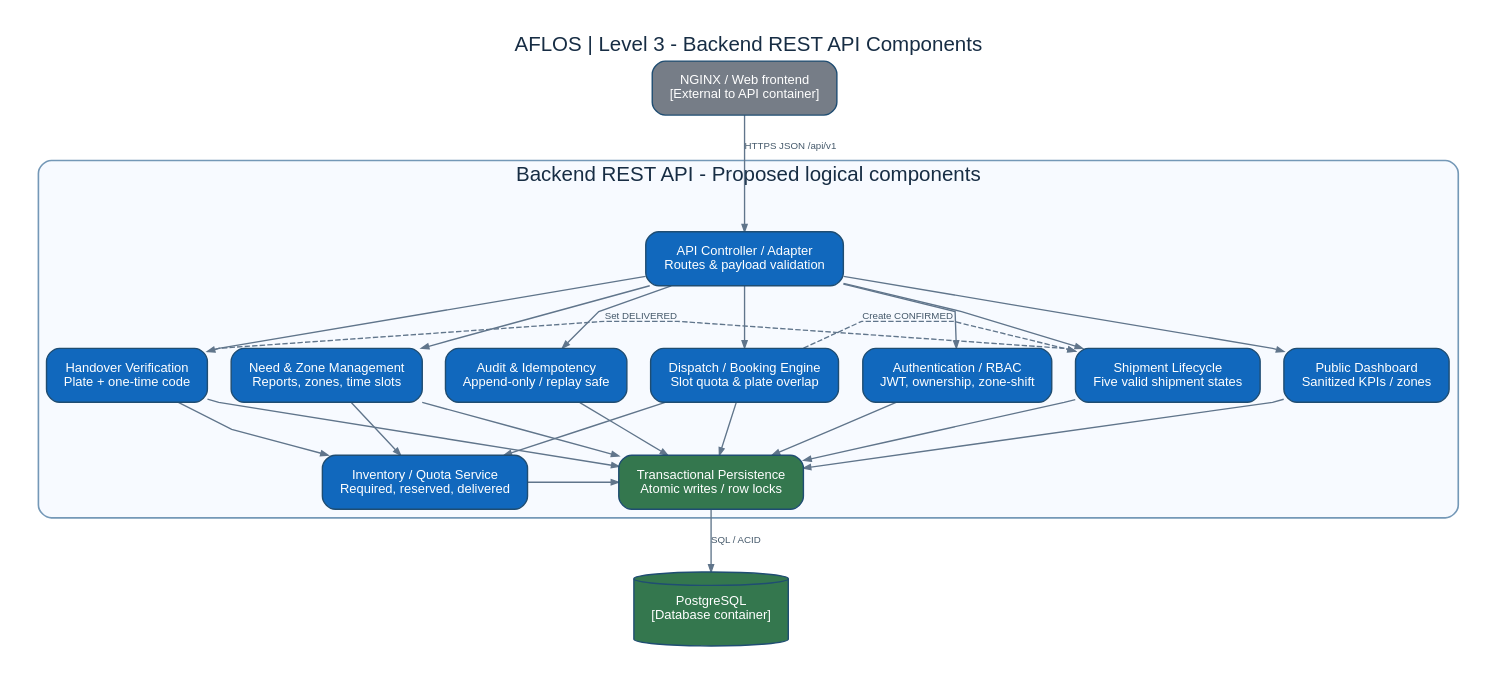
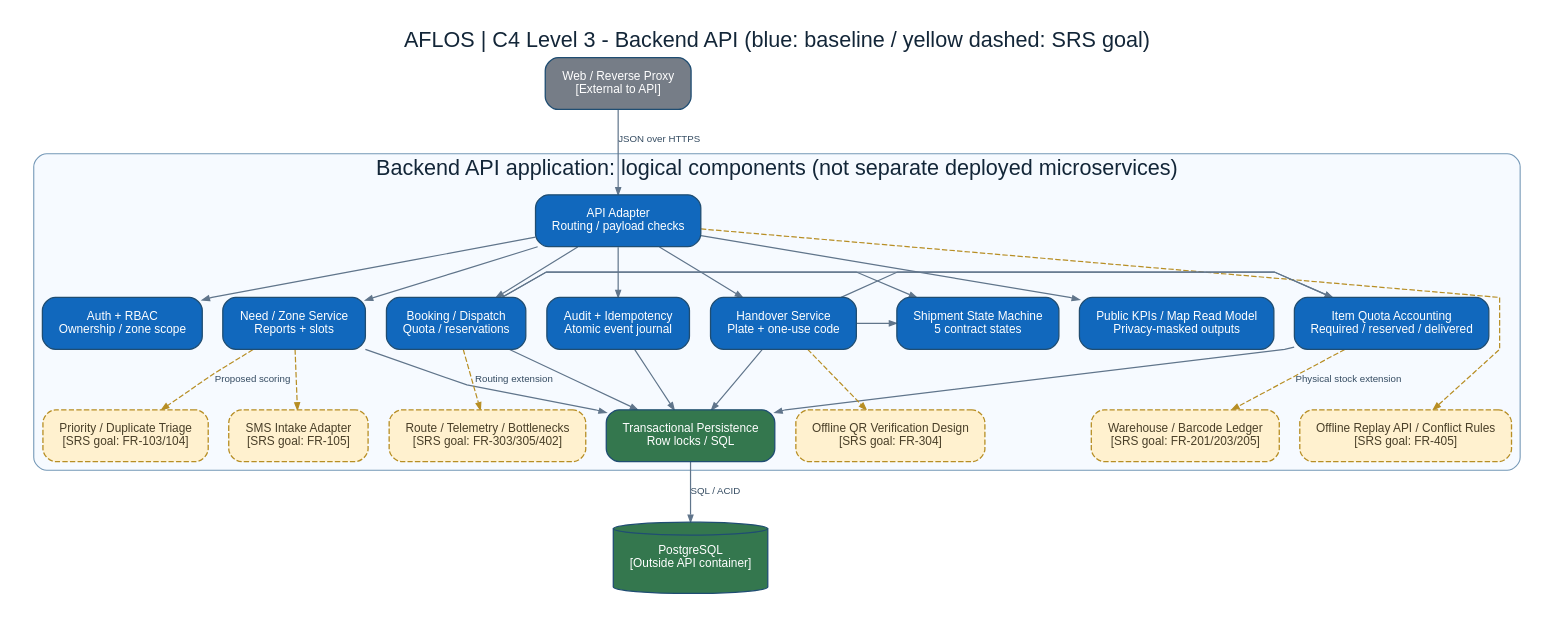
Before and after one commit to CoskunerBerke/AFLOS: the diagram in docs/architecture/diagrams/c4_level3_components.dot, drawn with Graphviz. The commit also changed 10 other files, not shown here.

Commit message:
docs(architecture): align C4 model with Sprint 2 SRS

```diff
--- a/docs/architecture/diagrams/c4_level3_components.dot
+++ b/docs/architecture/diagrams/c4_level3_components.dot
@@ -1,32 +1,40 @@
 digraph G {
-  graph [bgcolor="white", pad="0.28", nodesep="0.34", ranksep="0.9", fontname="Arial", fontsize=19, fontcolor="#172d44", splines=polyline, outputorder=edgesfirst];
-  node [shape=box, style="filled,rounded", color="#1f4d72", penwidth=1.3, fontname="Arial", fontsize=12, fontcolor="white", margin="0.22,0.16"];
-  edge [fontname="Arial", fontsize=9, color="#60758b", fontcolor="#44586a", arrowsize=0.67, penwidth=1.25];
-
-  graph [rankdir=TB, label="AFLOS | Level 3 - Backend REST API Components", labelloc=t, nodesep="0.3", ranksep="0.65"];
-  client [label="NGINX / Web frontend\n[External to API container]", fillcolor="#767d87"];
-  subgraph cluster_api {
-    label="Backend REST API - Proposed logical components"; style="rounded"; color="#7498b7"; penwidth=1.5; bgcolor="#f7faff";
-    router [label="API Controller / Adapter\nRoutes & payload validation", fillcolor="#1168bd"];
-    auth [label="Authentication / RBAC\nJWT, ownership, zone-shift", fillcolor="#1168bd"];
-    zone [label="Need & Zone Management\nReports, zones, time slots", fillcolor="#1168bd"];
-    booking [label="Dispatch / Booking Engine\nSlot quota & plate overlap", fillcolor="#1168bd"];
-    handover [label="Handover Verification\nPlate + one-time code", fillcolor="#1168bd"];
-    lifecycle [label="Shipment Lifecycle\nFive valid shipment states", fillcolor="#1168bd"];
-    read [label="Public Dashboard\nSanitized KPIs / zones", fillcolor="#1168bd"];
-    audit [label="Audit & Idempotency\nAppend-only / replay safe", fillcolor="#1168bd"];
-    inventory [label="Inventory / Quota Service\nRequired, reserved, delivered", fillcolor="#1168bd"];
-    persistence [label="Transactional Persistence\nAtomic writes / row locks", fillcolor="#34774e"];
-    {rank=same; auth; zone; booking; handover; lifecycle; read; audit}
-    {rank=same; inventory; persistence}
-    router -> auth; router -> zone; router -> booking; router -> handover; router -> lifecycle; router -> read; router -> audit;
-    zone -> inventory; booking -> inventory; handover -> inventory;
-    booking -> lifecycle [style=dashed, label="Create CONFIRMED", constraint=false];
-    handover -> lifecycle [style=dashed, label="Set DELIVERED", constraint=false];
-    auth -> persistence; zone -> persistence; booking -> persistence; handover -> persistence;
-    lifecycle -> persistence; read -> persistence; audit -> persistence; inventory -> persistence;
-  }
-  db [shape=cylinder, style=filled, label="PostgreSQL\n[Database container]", fillcolor="#34774e"];
-  client -> router [label="HTTPS JSON /api/v1"];
-  persistence -> db [label="SQL / ACID"];
+graph [bgcolor="white", pad="0.22", nodesep="0.37", ranksep="0.88", fontname="Arial", fontsize=20, fontcolor="#132638", splines=polyline, outputorder=edgesfirst];
+node [shape=box, style="filled,rounded", color="#1f4d72", penwidth=1.2, fontname="Arial", fontsize=11, fontcolor="white", margin="0.22,0.16"];
+edge [fontname="Arial", fontsize=9, color="#60758b", fontcolor="#344b61", arrowsize=0.65, penwidth=1.12];
+graph [rankdir=TB, nodesep="0.26", ranksep="0.63", label="AFLOS | C4 Level 3 - Backend API (blue: baseline / yellow dashed: SRS goal)", labelloc=t];
+client [label="Web / Reverse Proxy\n[External to API]", fillcolor="#767d87"];
+subgraph cluster_api { label="Backend API application: logical components (not separate deployed microservices)"; style="rounded"; color="#7498b7"; bgcolor="#f6faff";
+ router [label="API Adapter\nRouting / payload checks", fillcolor="#1168bd"];
+ auth [label="Auth + RBAC\nOwnership / zone scope", fillcolor="#1168bd"];
+ need [label="Need / Zone Service\nReports + slots", fillcolor="#1168bd"];
+ booking [label="Booking / Dispatch\nQuota / reservations", fillcolor="#1168bd"];
+ inventory [label="Item Quota Accounting\nRequired / reserved / delivered", fillcolor="#1168bd"];
+ handover [label="Handover Service\nPlate + one-use code", fillcolor="#1168bd"];
+ lifecycle [label="Shipment State Machine\n5 contract states", fillcolor="#1168bd"];
+ board [label="Public KPIs / Map Read Model\nPrivacy-masked outputs", fillcolor="#1168bd"];
+ audit [label="Audit + Idempotency\nAtomic event journal", fillcolor="#1168bd"];
+ persist [label="Transactional Persistence\nRow locks / SQL", fillcolor="#34774e"];
+ triage [label="Priority / Duplicate Triage\n[SRS goal: FR-103/104]", fillcolor="#fff1cf", color="#b78e24", fontcolor="#493f28", style="filled,dashed,rounded"];
+ warehouse [label="Warehouse / Barcode Ledger\n[SRS goal: FR-201/203/205]", fillcolor="#fff1cf", color="#b78e24", fontcolor="#493f28", style="filled,dashed,rounded"];
+ route [label="Route / Telemetry / Bottlenecks\n[SRS goal: FR-303/305/402]", fillcolor="#fff1cf", color="#b78e24", fontcolor="#493f28", style="filled,dashed,rounded"];
+ sms [label="SMS Intake Adapter\n[SRS goal: FR-105]", fillcolor="#fff1cf", color="#b78e24", fontcolor="#493f28", style="filled,dashed,rounded"];
+ sync [label="Offline Replay API / Conflict Rules\n[SRS goal: FR-405]", fillcolor="#fff1cf", color="#b78e24", fontcolor="#493f28", style="filled,dashed,rounded"];
+ qr [label="Offline QR Verification Design\n[SRS goal: FR-304]", fillcolor="#fff1cf", color="#b78e24", fontcolor="#493f28", style="filled,dashed,rounded"];
+ {rank=same; auth; need; booking; inventory; handover; lifecycle; board; audit;}
+ {rank=same; triage; warehouse; route; sms; sync; qr;}
+ router -> auth;router -> need;router -> booking;router -> handover;router -> board;router -> audit;
+ booking -> inventory; handover -> inventory; booking -> lifecycle; handover -> lifecycle;
+ need -> triage [style=dashed, color="#b78e24", label="Proposed scoring"];
+ inventory -> warehouse [style=dashed, color="#b78e24", label="Physical stock extension"];
+ booking -> route [style=dashed, color="#b78e24", label="Routing extension"];
+ need -> sms [style=dashed, color="#b78e24"];
+ handover -> qr [style=dashed, color="#b78e24"];
+ router -> sync [style=dashed, color="#b78e24"];
+ booking -> persist; handover -> persist; audit -> persist;
+ need -> persist; inventory -> persist;
+ }
+db [label="PostgreSQL\n[Outside API container]", shape=cylinder, style=filled, fillcolor="#34774e"];
+client -> router [label="JSON over HTTPS"];
+persist -> db [label="SQL / ACID", color="#60758b"];
 }
```
